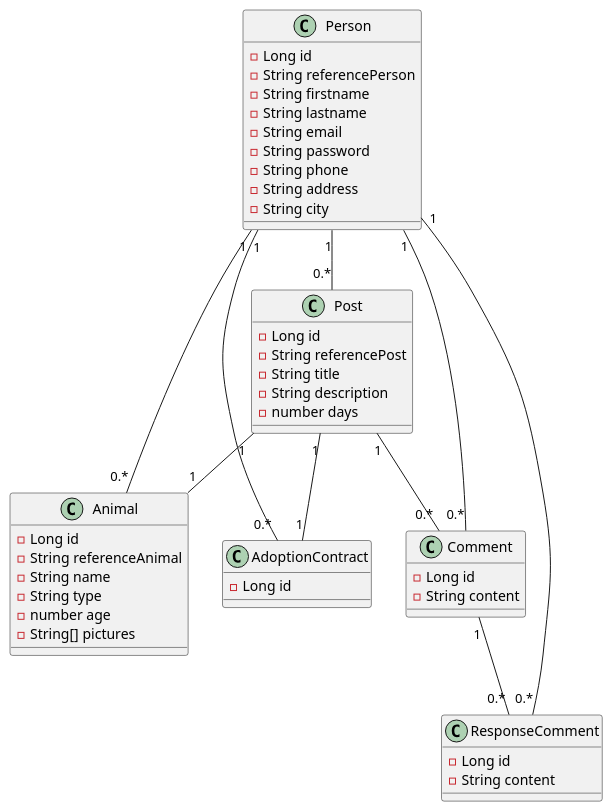
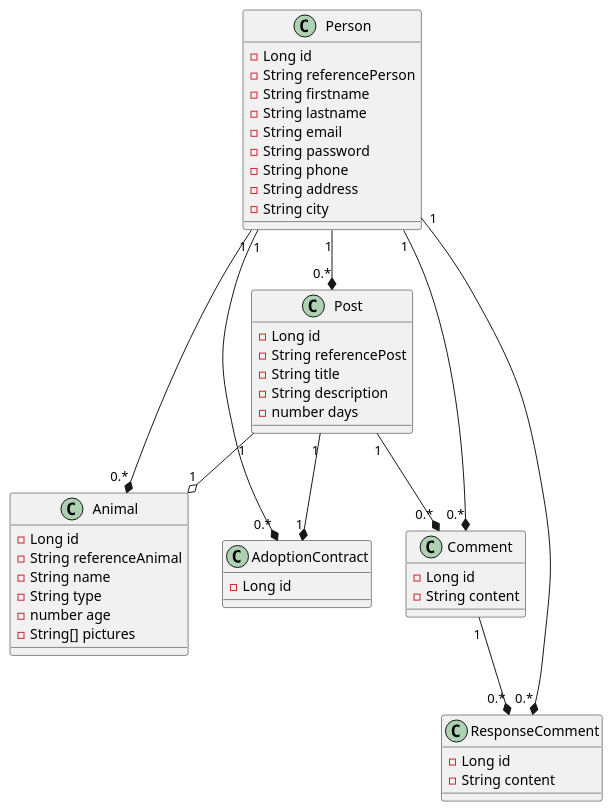
Before and after one commit to daalimouhcine/MyPet-Spring_Boot-Angular: the diagram in UML/class_diagramme.puml, drawn with PlantUML.

Commit message:
build(UML): add relations ( aggregation and composition )

```diff
--- a/UML/class_diagramme.puml
+++ b/UML/class_diagramme.puml
@@ -1,59 +1,59 @@
 @startuml
 
 class Person {
     -Long id
     -String referencePerson
     -String firstname
     -String lastname
     -String email
     -String password
     -String phone
     -String address
     -String city
 }
 
 class Animal {
     -Long id
     -String referenceAnimal
     -String name
     -String type
     -number age
     -String[] pictures
 }
 
 class AdoptionContract {
     -Long id
 }
 
 class Post {
     -Long id
     -String referencePost
     -String title
     -String description
     -number days
 }
 
 class Comment {
     -Long id
     -String content
 }
 
 class ResponseComment {
     -Long id
     -String content
 }
 
 
-Person "1" -- "0.*" Animal
-Person "1" -- "0.*" Post
-Person "1" -- "0.*" Comment
-Person "1" -- "0.*" ResponseComment
-Person "1" -- "0.*" AdoptionContract
+Person "1" --* "0.*" Animal
+Person "1" --* "0.*" Post
+Person "1" --* "0.*" Comment
+Person "1" --* "0.*" ResponseComment
+Person "1" --* "0.*" AdoptionContract
 
-Post "1" -- "0.*" Comment
-Post "1" -- "1" Animal
-Post "1" -- "1" AdoptionContract
+Post "1" --* "0.*" Comment
+Post "1" --o "1" Animal
+Post "1" --* "1" AdoptionContract
 
-Comment "1" -- "0.*" ResponseComment
+Comment "1" --* "0.*" ResponseComment
 
 @enduml
```
